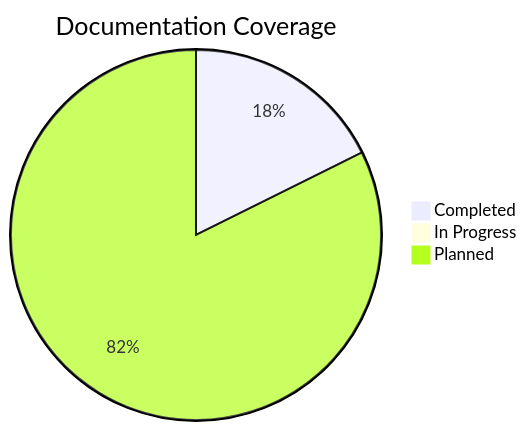
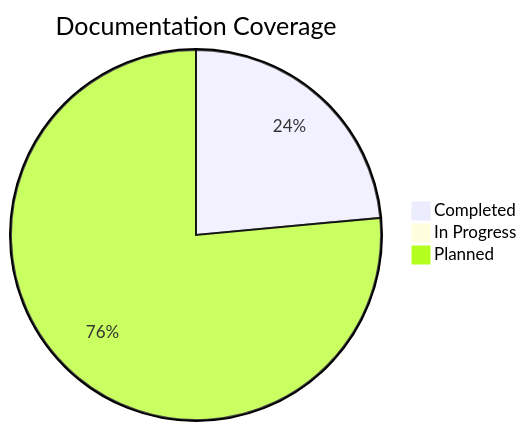
Before and after one commit to abhayraj-ops/Cake-Learn: the second of 2 diagrams in docs/index.md, drawn with Mermaid. The commit also changed other lines of this file and 4 other files, not shown here.

````diff
--- a/docs/index.md
+++ b/docs/index.md
@@ -174,6 +176,6 @@
 ```mermaid
 pie title Documentation Coverage
-    "Completed" : 3
+    "Completed" : 4
     "In Progress" : 0
-    "Planned" : 14
+    "Planned" : 13
 ```
````
